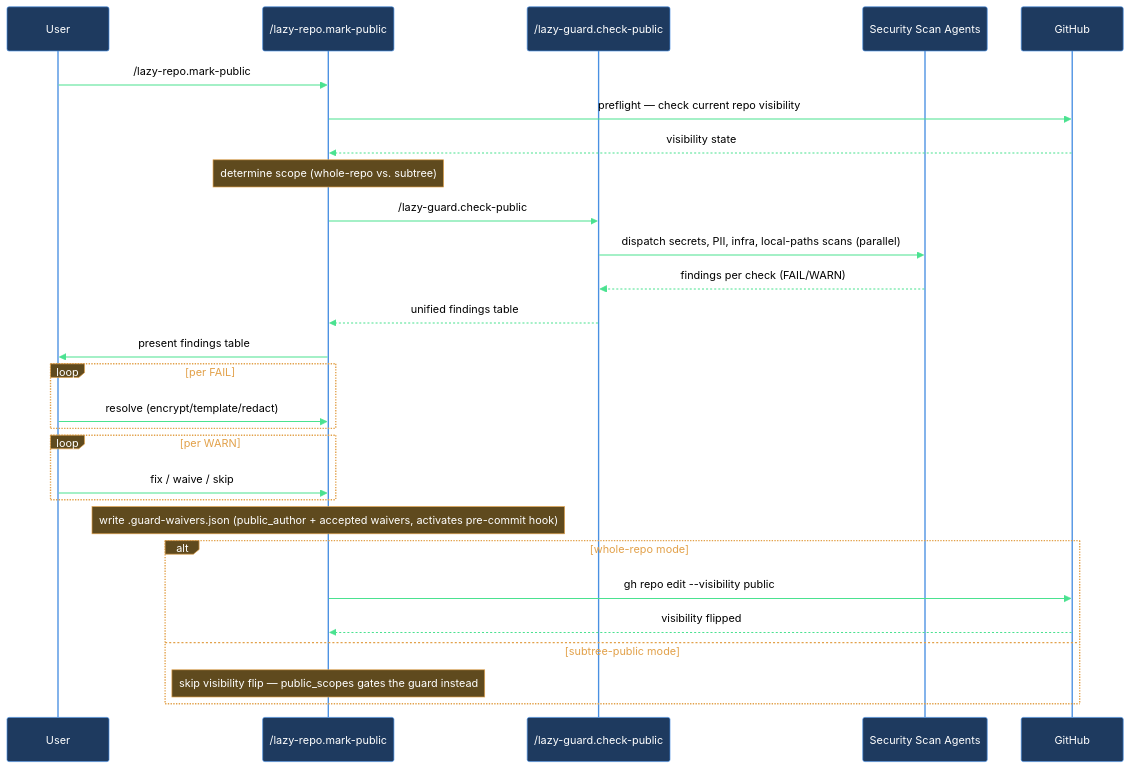
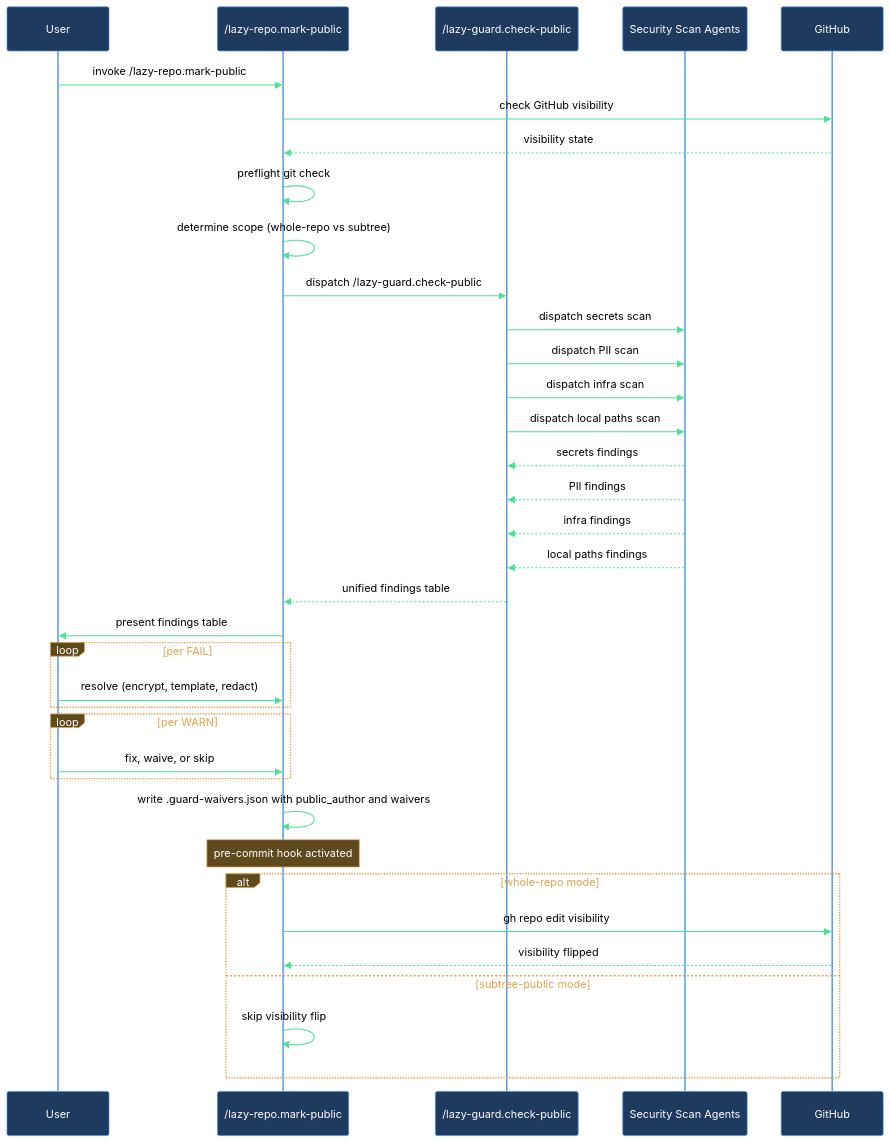
Before and after one commit to mebius-san/lazy-cortex: the diagram in claude/lazycortex-core/help/walkthroughs/make-repo-public.md, drawn with Mermaid. The commit also changed other lines of this file and 41 other files, not shown here.

````diff
--- a/claude/lazycortex-core/help/walkthroughs/make-repo-public.md
+++ b/claude/lazycortex-core/help/walkthroughs/make-repo-public.md
@@ -120,32 +120,40 @@
 ```mermaid
 %%{init: {'themeVariables':{'background':'transparent','primaryColor':'#1e3a5f','primaryBorderColor':'#4a90e2','primaryTextColor':'#fff','lineColor':'#4ae290','actorBkg':'#1e3a5f','actorBorder':'#4a90e2','actorTextColor':'#fff','actorLineColor':'#4a90e2','signalColor':'#4ae290','signalTextColor':'#000','noteBkgColor':'#5f4a1e','noteBorderColor':'#e2a14a','noteTextColor':'#fff','labelBoxBkgColor':'#5f4a1e','labelBoxBorderColor':'#e2a14a','labelTextColor':'#fff','loopTextColor':'#e2a14a'},'sequence':{'diagramPadding':5,'useMaxWidth':true}}}%%
 sequenceDiagram
   participant user as User
   participant markPublic as /lazy-repo.mark-public
   participant checkPublic as /lazy-guard.check-public
   participant scanAgents as Security Scan Agents
   participant github as GitHub
 
-  user->>markPublic: /lazy-repo.mark-public
-  markPublic->>github: preflight — check current repo visibility
+  user->>markPublic: invoke /lazy-repo.mark-public
+  markPublic->>github: check GitHub visibility
   github-->>markPublic: visibility state
-  Note over markPublic: determine scope (whole-repo vs. subtree)
-  markPublic->>checkPublic: /lazy-guard.check-public
-  checkPublic->>scanAgents: dispatch secrets, PII, infra, local-paths scans (parallel)
-  scanAgents-->>checkPublic: findings per check (FAIL/WARN)
+  markPublic->>markPublic: preflight git check
+  markPublic->>markPublic: determine scope (whole-repo vs subtree)
+  markPublic->>checkPublic: dispatch /lazy-guard.check-public
+  checkPublic->>scanAgents: dispatch secrets scan
+  checkPublic->>scanAgents: dispatch PII scan
+  checkPublic->>scanAgents: dispatch infra scan
+  checkPublic->>scanAgents: dispatch local paths scan
+  scanAgents-->>checkPublic: secrets findings
+  scanAgents-->>checkPublic: PII findings
+  scanAgents-->>checkPublic: infra findings
+  scanAgents-->>checkPublic: local paths findings
   checkPublic-->>markPublic: unified findings table
   markPublic->>user: present findings table
   loop per FAIL
-    user->>markPublic: resolve (encrypt/template/redact)
+    user->>markPublic: resolve (encrypt, template, redact)
   end
   loop per WARN
-    user->>markPublic: fix / waive / skip
+    user->>markPublic: fix, waive, or skip
   end
-  Note over markPublic: write .guard-waivers.json (public_author + accepted waivers, activates pre-commit hook)
+  markPublic->>markPublic: write .guard-waivers.json with public_author and waivers
+  Note over markPublic: pre-commit hook activated
   alt whole-repo mode
-    markPublic->>github: gh repo edit --visibility public
+    markPublic->>github: gh repo edit visibility
     github-->>markPublic: visibility flipped
   else subtree-public mode
-    Note over markPublic: skip visibility flip — public_scopes gates the guard instead
+    markPublic->>markPublic: skip visibility flip
   end
 ```
````
